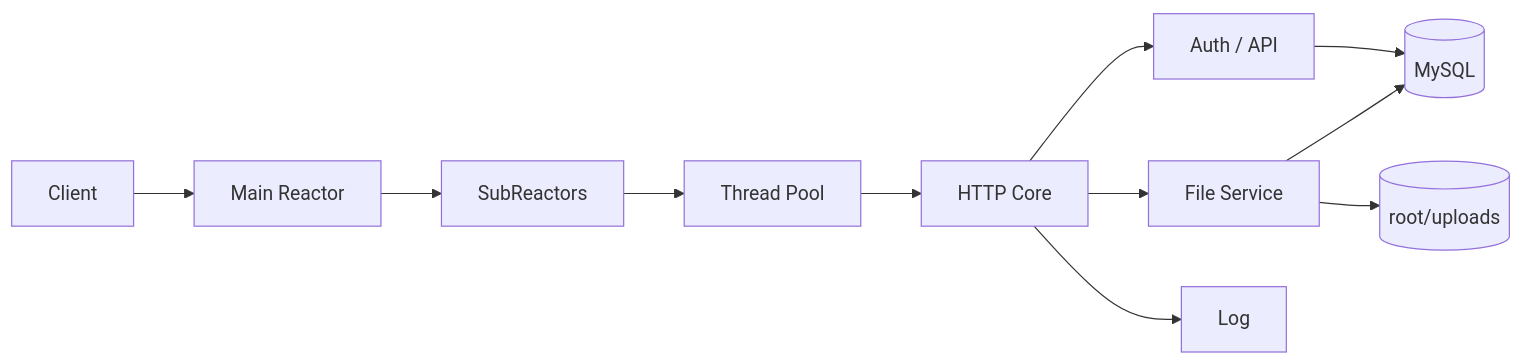
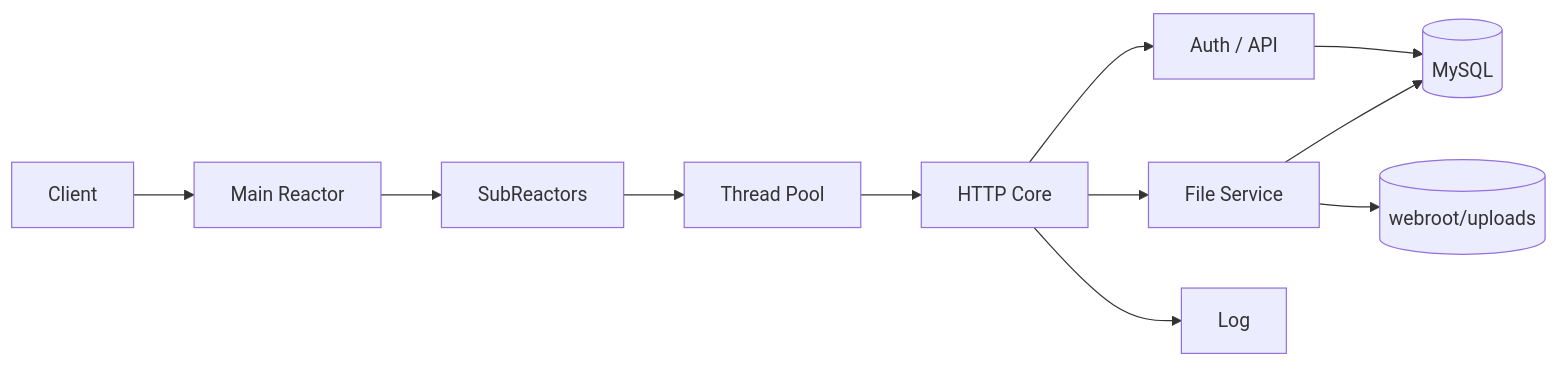
The diagram in README.md (wjg12345678/High-performance-gateway), drawn with Mermaid before and after one commit. The commit also changed other lines of this file and 131 other files, not shown here.

````diff
--- a/README.md
+++ b/README.md
@@ -125,19 +133,19 @@
 ```mermaid
 flowchart LR
     Client[Client]
     Main[Main Reactor]
     Sub[SubReactors]
     Pool[Thread Pool]
     HTTP[HTTP Core]
     API[Auth / API]
     Files[File Service]
     DB[(MySQL)]
-    FS[(root/uploads)]
+    FS[(webroot/uploads)]
     Log[Log]
 
     Client --> Main --> Sub --> Pool --> HTTP
     HTTP --> API --> DB
     HTTP --> Files --> DB
     Files --> FS
     HTTP --> Log
 ```
````
